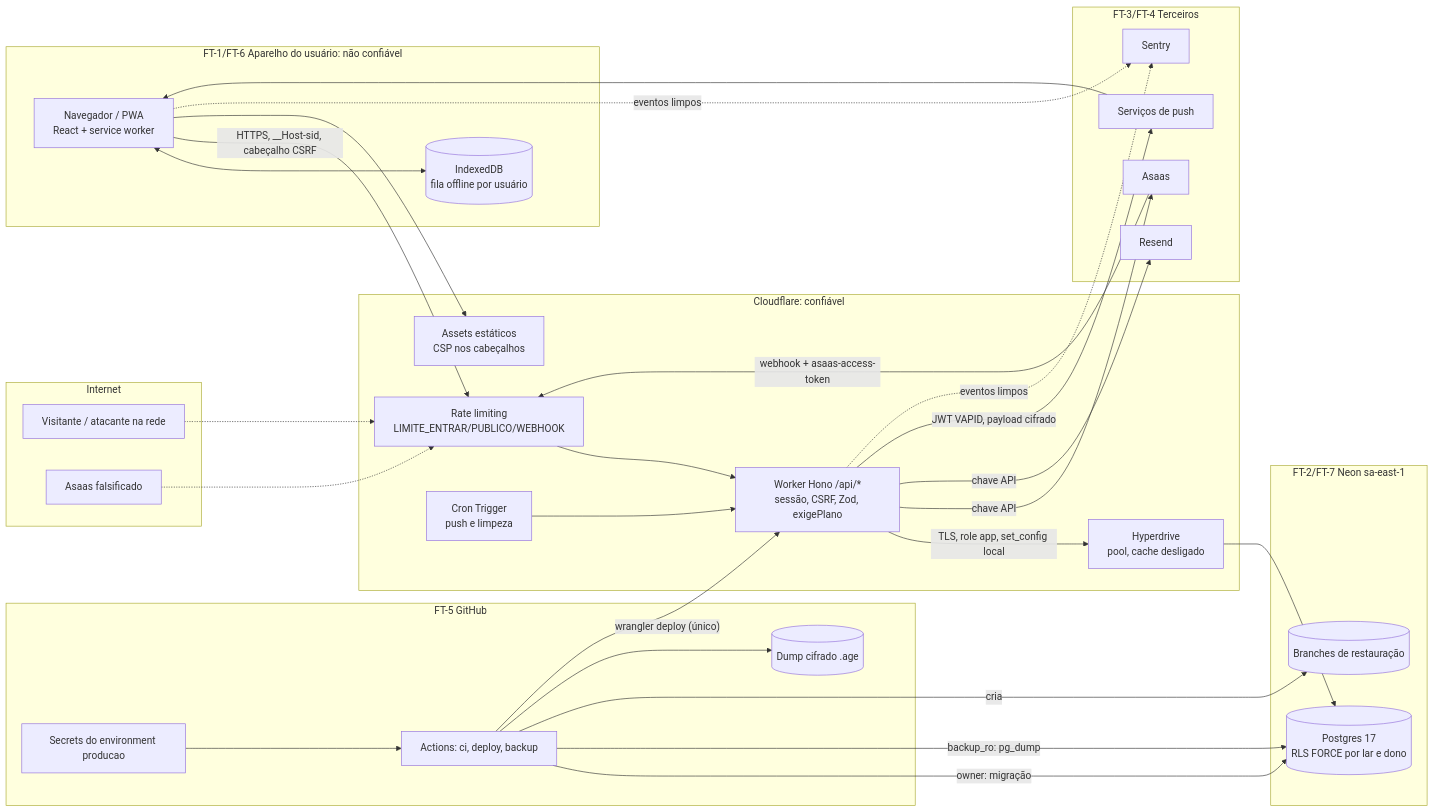
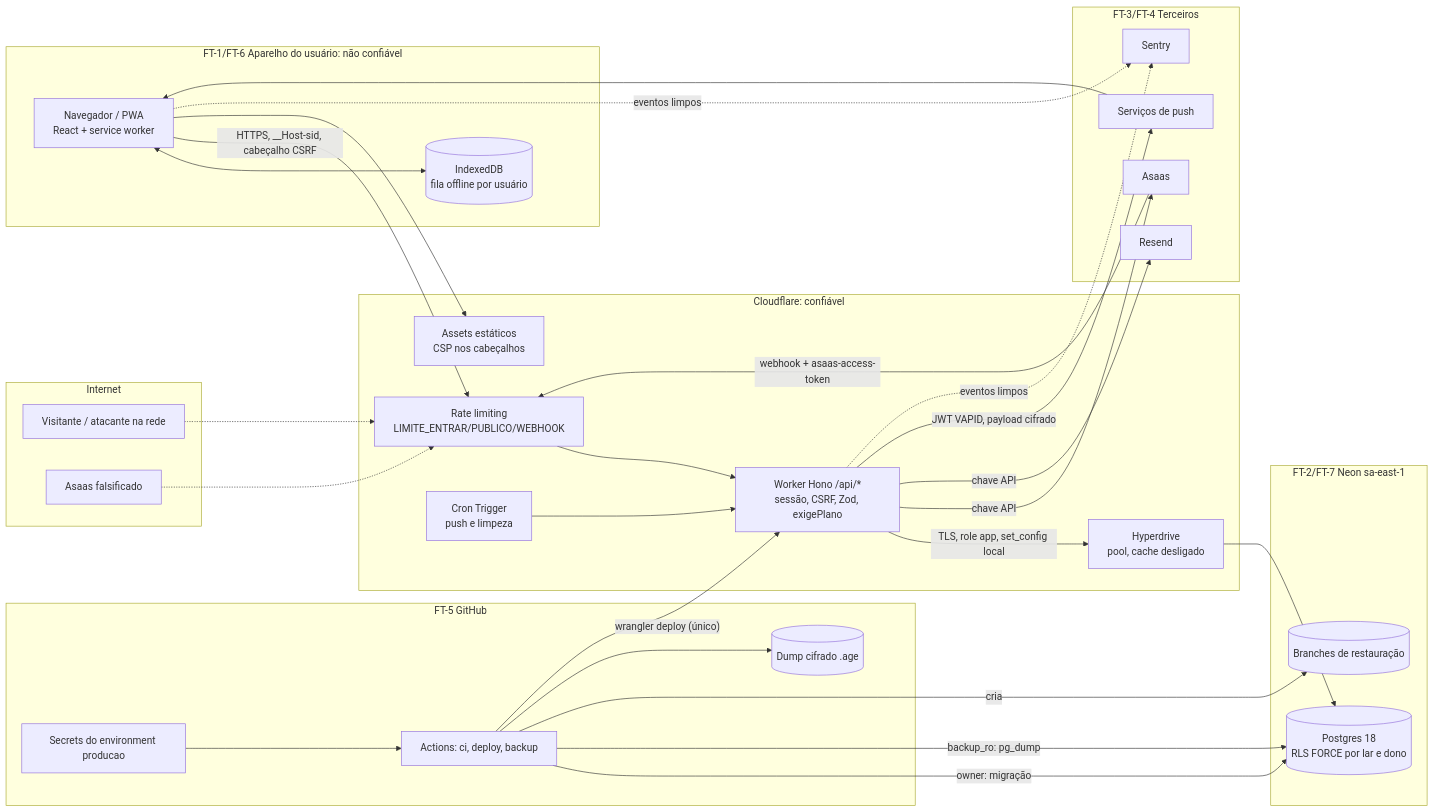
Before and after one commit to leandrosegheto17/ControleEmCasa_LJS: the diagram in .md/THREAT-MODEL.md, drawn with Mermaid. The commit also changed other lines of this file and 8 other files, not shown here.

````diff
--- a/.md/THREAT-MODEL.md
+++ b/.md/THREAT-MODEL.md
@@ -42,55 +42,55 @@
 ```mermaid
 flowchart LR
   subgraph Z0["FT-1/FT-6 Aparelho do usuário: não confiável"]
     NAV["Navegador / PWA<br/>React + service worker"]
     IDB[("IndexedDB<br/>fila offline por usuário")]
   end
   subgraph Z1["Internet"]
     ATK["Visitante / atacante na rede"]
     FAKE["Asaas falsificado"]
   end
   subgraph Z2["Cloudflare: confiável"]
     RL["Rate limiting<br/>LIMITE_ENTRAR/PUBLICO/WEBHOOK"]
     W["Worker Hono /api/*<br/>sessão, CSRF, Zod, exigePlano"]
     AS["Assets estáticos<br/>CSP nos cabeçalhos"]
     CRON["Cron Trigger<br/>push e limpeza"]
     HD["Hyperdrive<br/>pool, cache desligado"]
   end
   subgraph Z3["FT-2/FT-7 Neon sa-east-1"]
-    PG[("Postgres 17<br/>RLS FORCE por lar e dono")]
+    PG[("Postgres 18<br/>RLS FORCE por lar e dono")]
     BR[("Branches de restauração")]
   end
   subgraph Z4["FT-3/FT-4 Terceiros"]
     ASA["Asaas"]
     RES["Resend"]
     PS["Serviços de push"]
     SEN["Sentry"]
   end
   subgraph Z5["FT-5 GitHub"]
     GA["Actions: ci, deploy, backup"]
     SEC["Secrets do environment producao"]
     ART[("Dump cifrado .age")]
   end
   NAV <--> IDB
   NAV -- "HTTPS, __Host-sid, cabeçalho CSRF" --> RL
   ATK -.-> RL
   FAKE -.-> RL
   ASA -- "webhook + asaas-access-token" --> RL
   RL --> W
   NAV --> AS
   CRON --> W
   W -- "TLS, role app, set_config local" --> HD
   HD --> PG
   W -- "chave API" --> ASA
   W -- "chave API" --> RES
   W -- "JWT VAPID, payload cifrado" --> PS
   PS --> NAV
   W -. "eventos limpos" .-> SEN
   NAV -. "eventos limpos" .-> SEN
   SEC --> GA
   GA -- "owner: migração" --> PG
   GA -- "backup_ro: pg_dump" --> PG
   GA -- "cria" --> BR
   GA --> ART
   GA -- "wrangler deploy (único)" --> W
 ```
````
